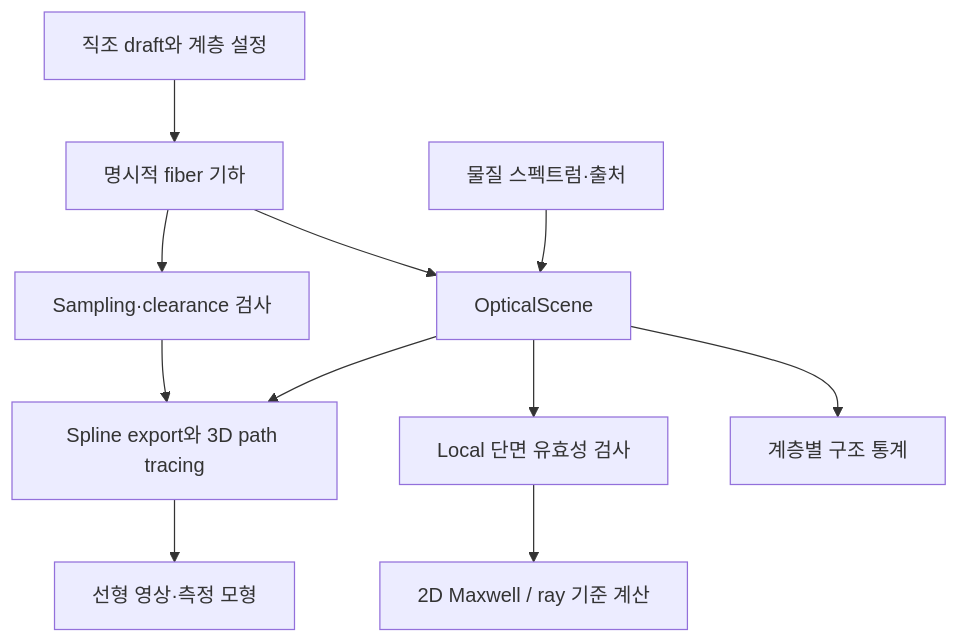
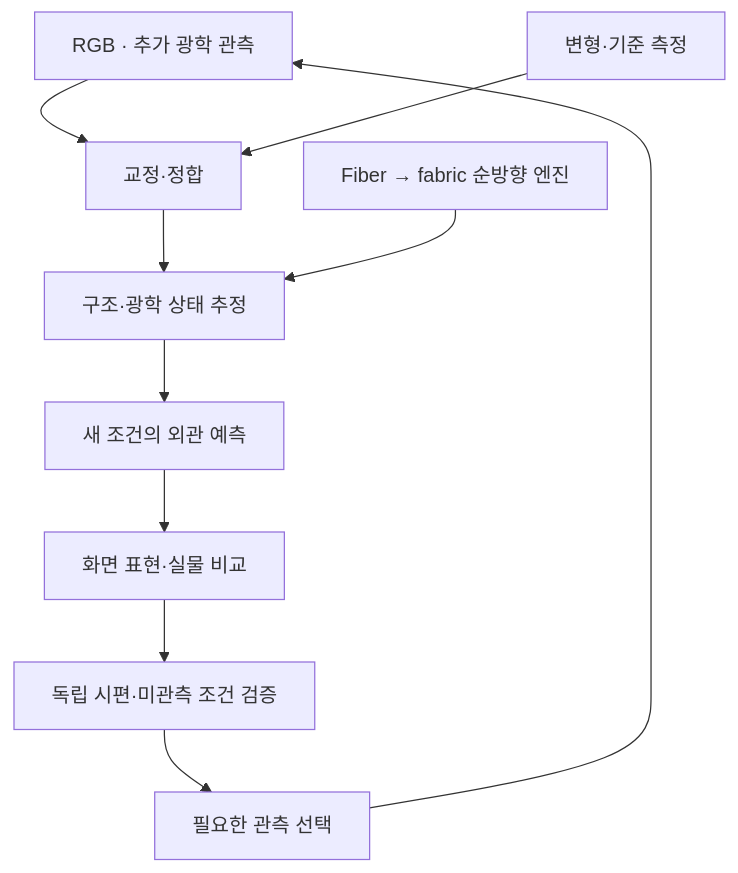
One commit to oparis145/textile-appearance-research- changed the diagram in README.md. Above: the diagram before and after it, drawn with Mermaid. The commit also changed other lines of this file and 5 other files, not shown here.

````diff
--- a/README.md
+++ b/README.md
@@ -118,13 +51,12 @@
 ```mermaid
 flowchart TD
-    D["직조 draft와 계층 설정"] --> G["명시적 fiber 기하"]
-    G --> C["Sampling·clearance 검사"]
-    G --> S["OpticalScene"]
-    M["물질 스펙트럼·출처"] --> S
-    S --> R["Spline export와 3D path tracing"]
-    S --> X["Local 단면 유효성 검사"]
-    X --> W["2D Maxwell / ray 기준 계산"]
-    S --> Q["계층별 구조 통계"]
-    C --> R
-    R --> I["선형 영상·측정 모형"]
+    A["RGB · 추가 광학 관측"] --> C["교정·정합"]
+    B["변형·기준 측정"] --> C
+    C --> I["구조·광학 상태 추정"]
+    G["Fiber → fabric 순방향 엔진"] --> I
+    I --> P["새 조건의 외관 예측"]
+    P --> D["화면 표현·실물 비교"]
+    D --> V["독립 시편·미관측 조건 검증"]
+    V --> S["필요한 관측 선택"]
+    S --> A
 ```
````
